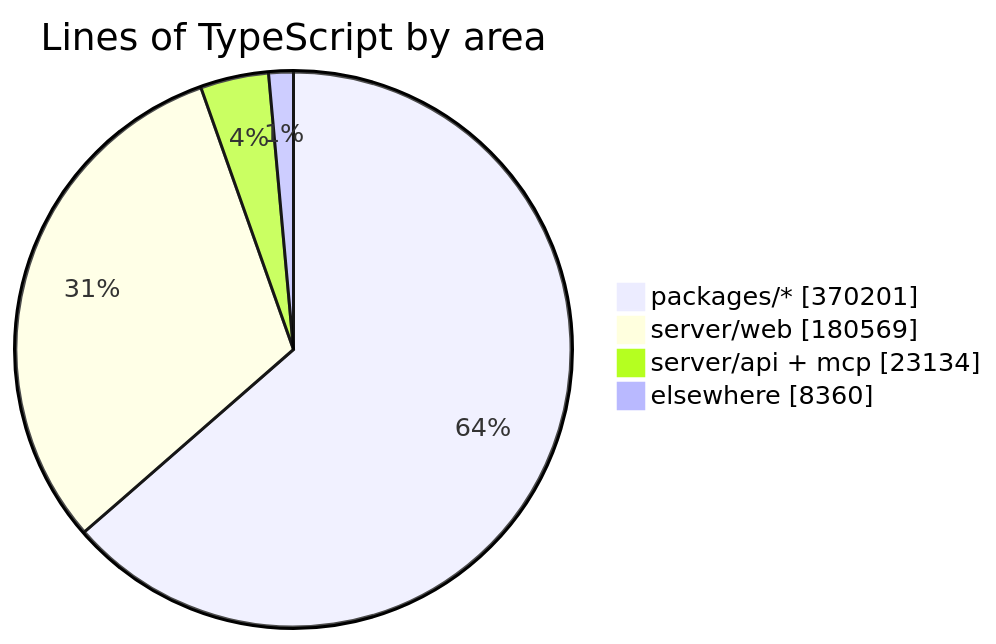
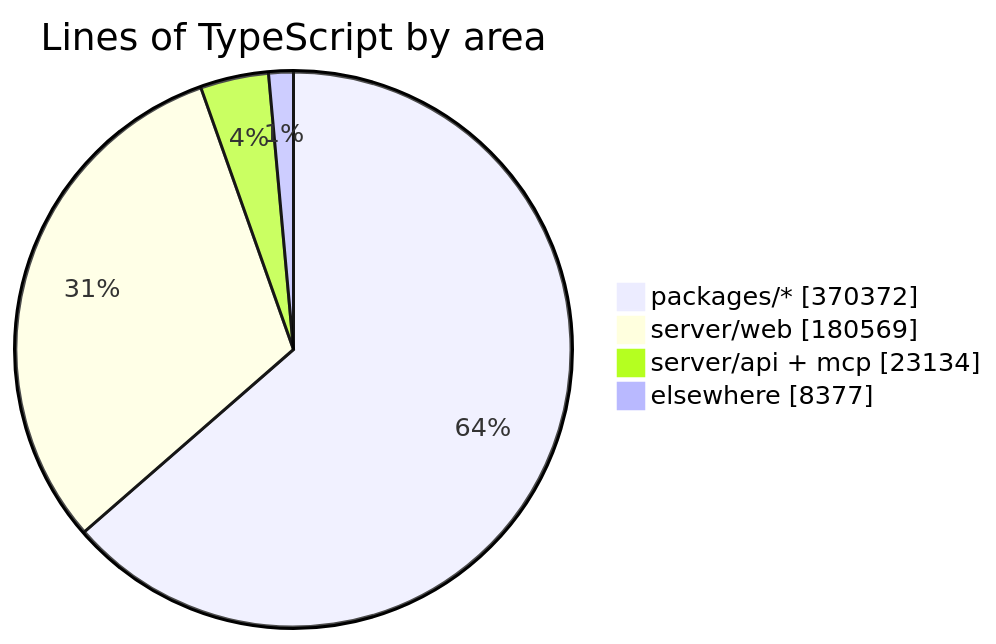
Before and after one commit to crossworks-engineering/mantle: the diagram in README.md, drawn with Mermaid. The commit also changed other lines of this file and 2 other files, not shown here.

````diff
--- a/README.md
+++ b/README.md
@@ -294,7 +294,7 @@
 ```mermaid
 pie showData title Lines of TypeScript by area
-    "packages/*" : 370201
+    "packages/*" : 370372
     "server/web" : 180569
     "server/api + mcp" : 23134
-    "elsewhere" : 8360
+    "elsewhere" : 8377
 ```
````
